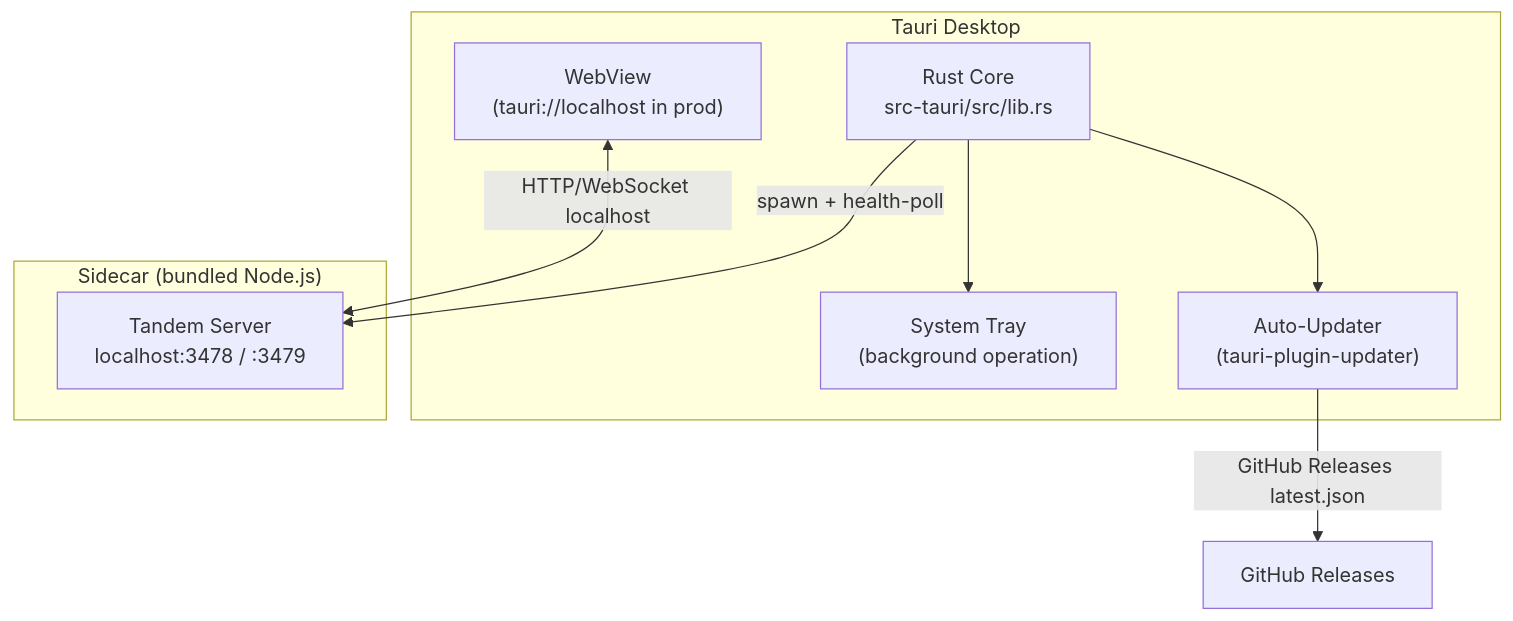
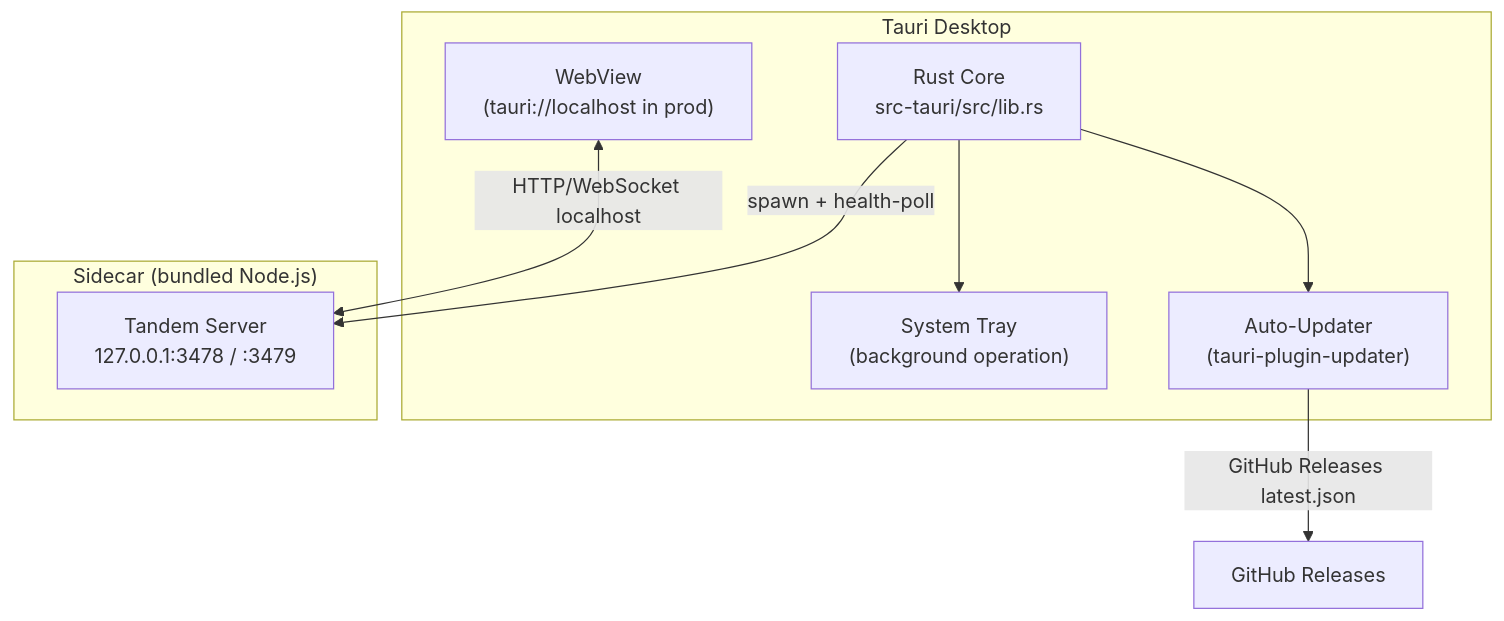
Before and after one commit to bloknayrb/tandem: the third of 3 diagrams in docs/architecture.md, drawn with Mermaid. The commit also changed other lines of this file and 9 other files, not shown here.

````diff
--- a/docs/architecture.md
+++ b/docs/architecture.md
@@ -610,19 +610,19 @@
 ```mermaid
 graph TB
     subgraph "Tauri Desktop"
         WebView["WebView\n(tauri://localhost in prod)"]
         TauriCore["Rust Core\nsrc-tauri/src/lib.rs"]
         Tray["System Tray\n(background operation)"]
         Updater["Auto-Updater\n(tauri-plugin-updater)"]
     end
 
     subgraph "Sidecar (bundled Node.js)"
-        Server["Tandem Server\nlocalhost:3478 / :3479"]
+        Server["Tandem Server\n127.0.0.1:3478 / :3479"]
     end
 
     WebView <-->|HTTP/WebSocket localhost| Server
     TauriCore -->|spawn + health-poll| Server
     TauriCore --> Tray
     TauriCore --> Updater
     Updater -->|GitHub Releases latest.json| GHR["GitHub Releases"]
 ```
````
